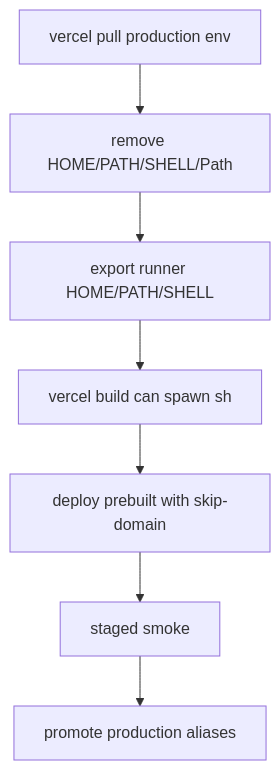
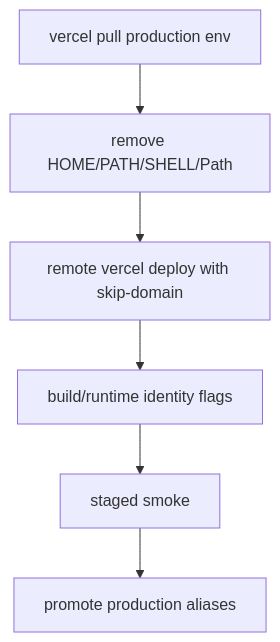
Before and after one commit to ramideltoro/nutsnews-docs: the diagram in updates/README_VERCEL_PRODUCTION_BUILD_SHELL_ENV_FIX.md, drawn with Mermaid. The commit also changed other lines of this file, not shown here.

Commit message:
docs: update Vercel production remote staging note

````diff
--- a/updates/README_VERCEL_PRODUCTION_BUILD_SHELL_ENV_FIX.md
+++ b/updates/README_VERCEL_PRODUCTION_BUILD_SHELL_ENV_FIX.md
@@ -54,9 +76,8 @@
 ```mermaid
 flowchart TD
   pull["vercel pull production env"] --> strip["remove HOME/PATH/SHELL/Path"]
-  strip --> export["export runner HOME/PATH/SHELL"]
-  export --> build["vercel build can spawn sh"]
-  build --> staged["deploy prebuilt with skip-domain"]
-  staged --> smoke["staged smoke"]
+  strip --> staged["remote vercel deploy with skip-domain"]
+  staged --> identity["build/runtime identity flags"]
+  identity --> smoke["staged smoke"]
   smoke --> promote["promote production aliases"]
 ```
````
